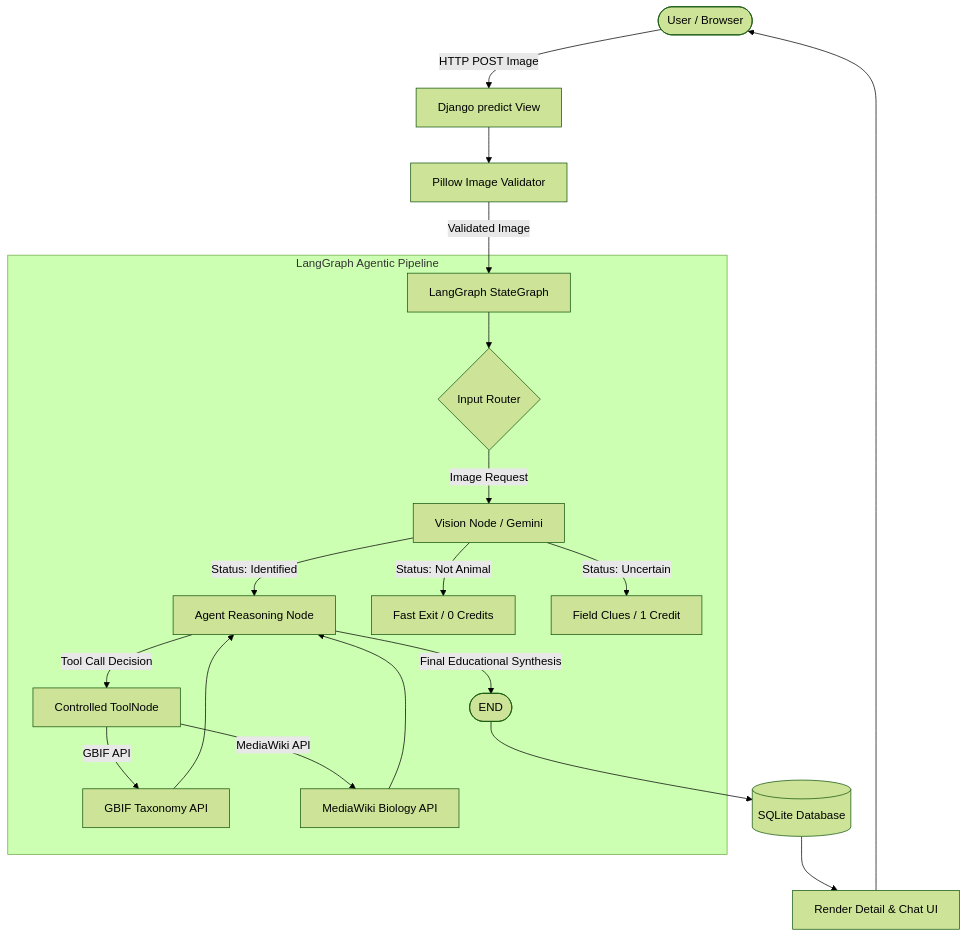
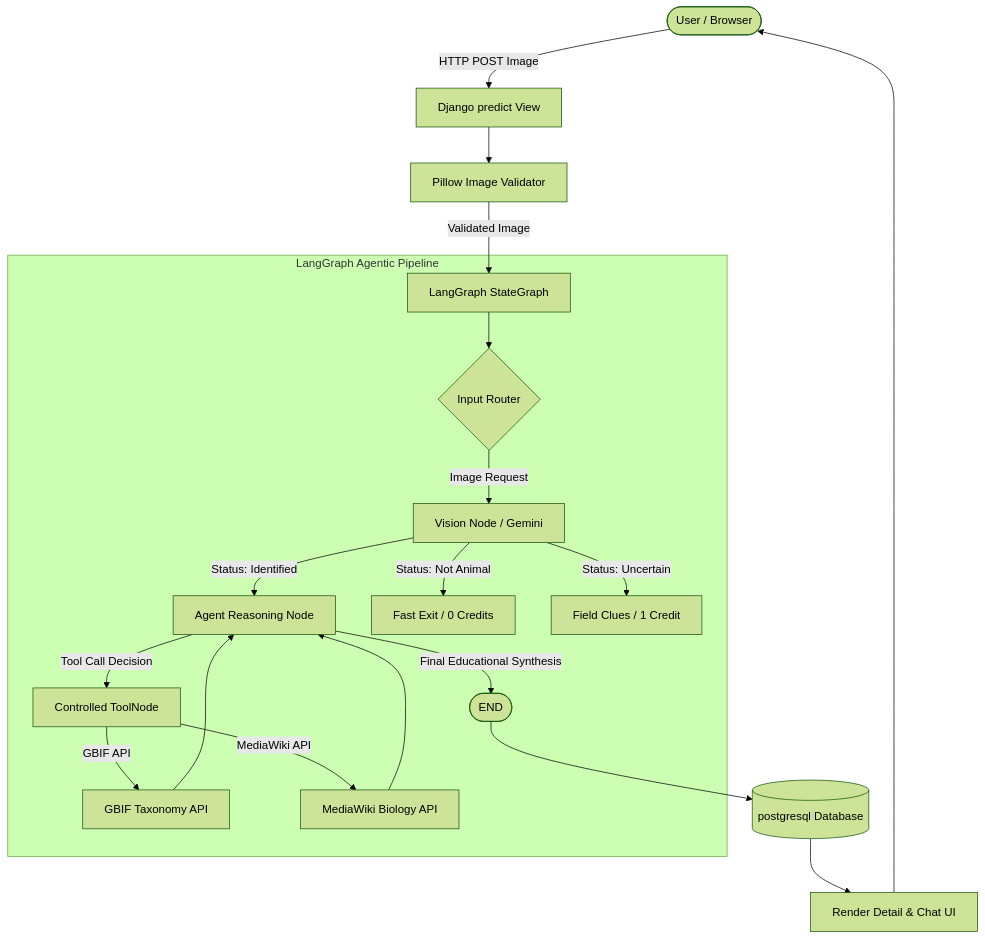
The diagram in docs/PROJECT_ARCHITECTURE.md (Salonichaturvedi00123/WildLensAI), drawn with Mermaid (forest theme) before and after one commit. The commit also changed other lines of this file and 3 other files, not shown here.

````diff
--- a/docs/PROJECT_ARCHITECTURE.md
+++ b/docs/PROJECT_ARCHITECTURE.md
@@ -17,25 +17,25 @@
 ```mermaid
 flowchart TD
     User([User / Browser]) -->|HTTP POST Image| View[Django predict View]
     View --> Validator[Pillow Image Validator]
     Validator -->|Validated Image| Graph[LangGraph StateGraph]
     
     subgraph LangGraph Agentic Pipeline
         Graph --> Router{Input Router}
         Router -->|Image Request| VisionNode[Vision Node / Gemini]
         VisionNode -->|Status: Identified| AgentNode[Agent Reasoning Node]
         VisionNode -->|Status: Not Animal| EarlyExit[Fast Exit / 0 Credits]
         VisionNode -->|Status: Uncertain| TentativeExit[Field Clues / 1 Credit]
         
         AgentNode -->|Tool Call Decision| Tools[Controlled ToolNode]
         Tools -->|GBIF API| GBIF[GBIF Taxonomy API]
         Tools -->|MediaWiki API| MediaWiki[MediaWiki Biology API]
         GBIF --> AgentNode
         MediaWiki --> AgentNode
         AgentNode -->|Final Educational Synthesis| GraphEnd([END])
     end
     
-    GraphEnd --> DB[(SQLite Database)]
+    GraphEnd --> DB[(postgresql Database)]
     DB --> ViewResponse[Render Detail & Chat UI]
     ViewResponse --> User
 ```
````
